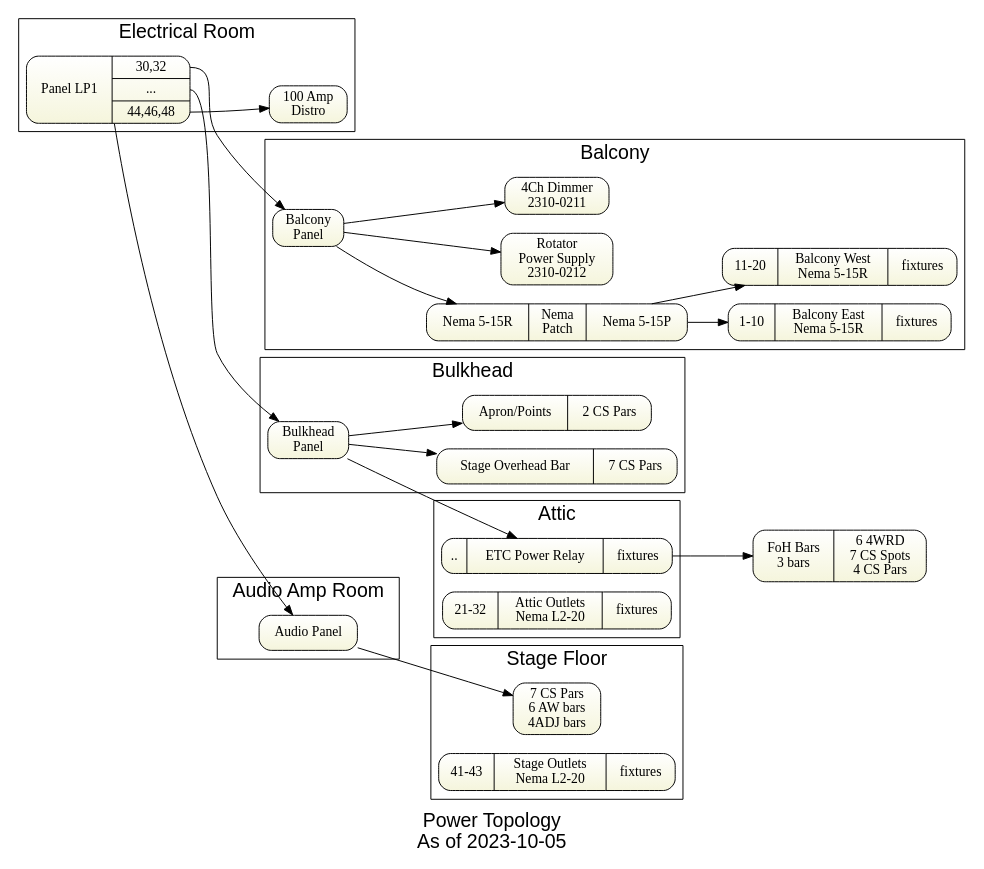
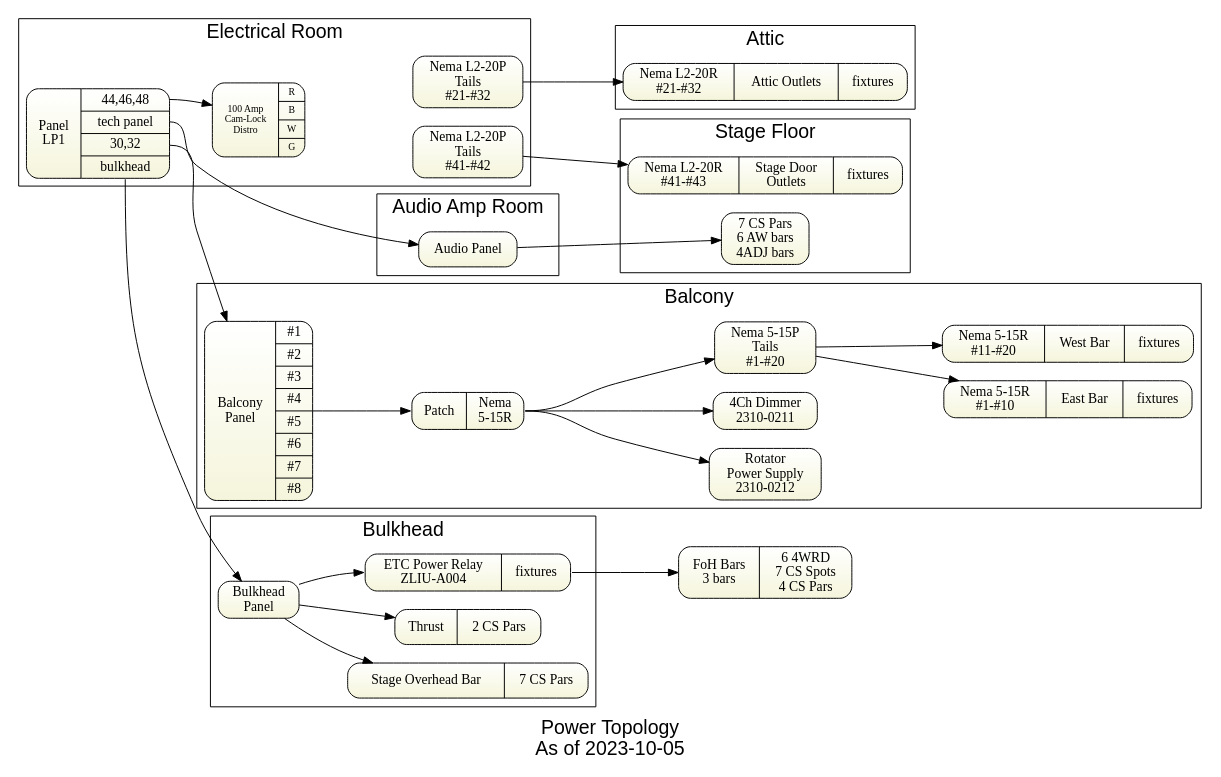
One commit to avmaint/uactechdoc changed the diagram in gv/sdl-topology3-power.gv. Above: the diagram before and after it, drawn with Graphviz. The commit also changed 4 other files, not shown here.

```diff
--- a/gv/sdl-topology3-power.gv
+++ b/gv/sdl-topology3-power.gv
@@ -1,77 +1,102 @@
 digraph topology3 { 
 graph [overlap = true, fontsize = 10, rankdir=LR
       tooltip="Lighting Power Topology",
       label="Power Topology\nAs of 2023-10-05"
       fontsize=20
       fontname = Helvetica]
 
 node [shape=Mrecord, tooltip="" , 
       fillcolor="white:beige" , style=filled  
       gradientangle=270]
       
-balconyeast  [label="{<i>1-10|{Balcony East\nNema 5-15R}|{ fixtures}}"]
-balconywest  [label="{<i>11-20
-		|{Balcony West\nNema 5-15R}
-		|{ fixtures}}"]
+
 
 fohbar       [label="{FoH Bars\n3 bars|6 4WRD\n7 CS Spots\n4 CS Pars}"]
 topbar       [label="{Stage Overhead Bar|7 CS Pars}"]
-points       [label="{Apron/Points|2 CS Pars}"]
-
-etcrelay  [label="{<i>..|{ETC Power Relay}|{ fixtures}}"]
-
+points       [label="{Thrust|2 CS Pars}"]
+ 
 subgraph cluster_er { label="Electrical Room"
-  lp1 [label="{{Panel LP1}|{ <o3032>30,32|<o2>...|<o4448>44,46,48}}"]
-  distro [label="100 Amp\nDistro"]
+  tails [label="Nema L2-20P\nTails\n#21-#32"]
+  tails4143 [label="Nema L2-20P\nTails\n#41-#42"]
+  lp1 [label="{{Panel\nLP1}
+  |{ <o4448>44,46,48
+  |<o4>tech panel
+  |<o3032>30,32 
+  |<o2>bulkhead
+  }	
+  }"]
+  distro [label="{100 Amp\nCam-Lock\nDistro|{R|B|W|G}}" fontsize=10
+			href="https://en.wikipedia.org/wiki/Camlock_(electrical)"]
 }      
 
 subgraph cluster_bal { label="Balcony"
-  balcony     [label="Balcony\nPanel"]
-  patch       [label="{<i>Nema 5-15R|{Nema\nPatch}|{ <o>Nema 5-15P}}"]
-  balconyeast
-  balconywest
-  chromaq      [label="Rotator\nPower Supply\n2310-0212"] 
-  dimmer0211   [label="4Ch Dimmer\n2310-0211"] 
+	balcony     [label="{Balcony\nPanel
+	|{  <o1>#1
+	  | <o2>#2
+	  | <o3>#3
+	  | <o4>#4
+	  | <o5>#5
+	  | <o6>#6
+	  | <o7>#7
+	  | <o8>#8
+	  }}"]
+	patch       [label="{ <i>Patch |  <o>Nema\n5-15R }"]
+	balconyeast  [label="{<i>Nema 5-15R\n#1-#10|{East Bar}|{ fixtures}}"]
+	balconywest  [label="{<i>Nema 5-15R\n#11-#20
+		|{West Bar}
+		|{ fixtures}}"]
+	chromaq      [label="Rotator\nPower Supply\n2310-0212"] 
+	dimmer0211   [label="4Ch Dimmer\n2310-0211"] 
+	tails_bal    [label="Nema 5-15P\nTails\n#1-#20"] 
 }
-
-balcony -> chromaq
-balcony -> dimmer0211
-
-balcony -> patch
-patch -> balconywest
-patch -> balconyeast
 
 subgraph cluster_bulk { label="Bulkhead"
   bulkhead  [label="Bulkhead\nPanel"]
   topbar
   points
+  zliua004  [label="{<i> ETC Power Relay\nZLIU-A004 | <fix> fixtures }"]
 }
 
 subgraph cluster_attic {label="Attic"
-attic [label="{<i>21-32|{Attic Outlets\nNema L2-20}|{ fixtures}}"]
-etcrelay
+	attic [label="{<i>Nema L2-20R\n#21-#32|{Attic Outlets}|{ fixtures}}"]
 }
 
+tails -> attic
+
 subgraph cluster_amp {label="Audio Amp Room"
-   amppanel [label="Audio Panel"]
+   techpanel [label="Audio Panel"]
 }
 
 subgraph cluster_stage {label="Stage Floor"
   stagepars [label="7 CS Pars\n6 AW bars\n4ADJ bars"]
-  stage     [label="{<i>41-43|{Stage Outlets\nNema L2-20}|{fixtures}}"]
+  stage     [label="{<i>Nema L2-20R\n#41-#43|{Stage Door\nOutlets}|{fixtures}}"]
 }
 
-amppanel -> stagepars
+tails4143 -> stage
 
-lp1:o2 -> bulkhead
+patch:o -> chromaq
+patch:o -> dimmer0211
+balcony -> patch:i
+
+patch:o   -> tails_bal
+tails_bal -> balconywest
+tails_bal -> balconyeast
+
+techpanel -> stagepars
+
+lp1:o2    -> bulkhead
 lp1:o3032 -> balcony  
 lp1:o4448 -> distro
  
-lp1 -> amppanel
+lp1:o4 -> techpanel
 
 bulkhead -> topbar
 bulkhead -> points
-bulkhead -> etcrelay -> fohbar
-  
- 
+bulkhead -> zliua004:i 
+zliua004:fix -> fohbar
+
+# invisiable lines to force layout
+distro -> tails     [style=invis]
+distro -> tails4143 [style=invis] 
+distro -> techpanel  [style=invis]
 }
```
